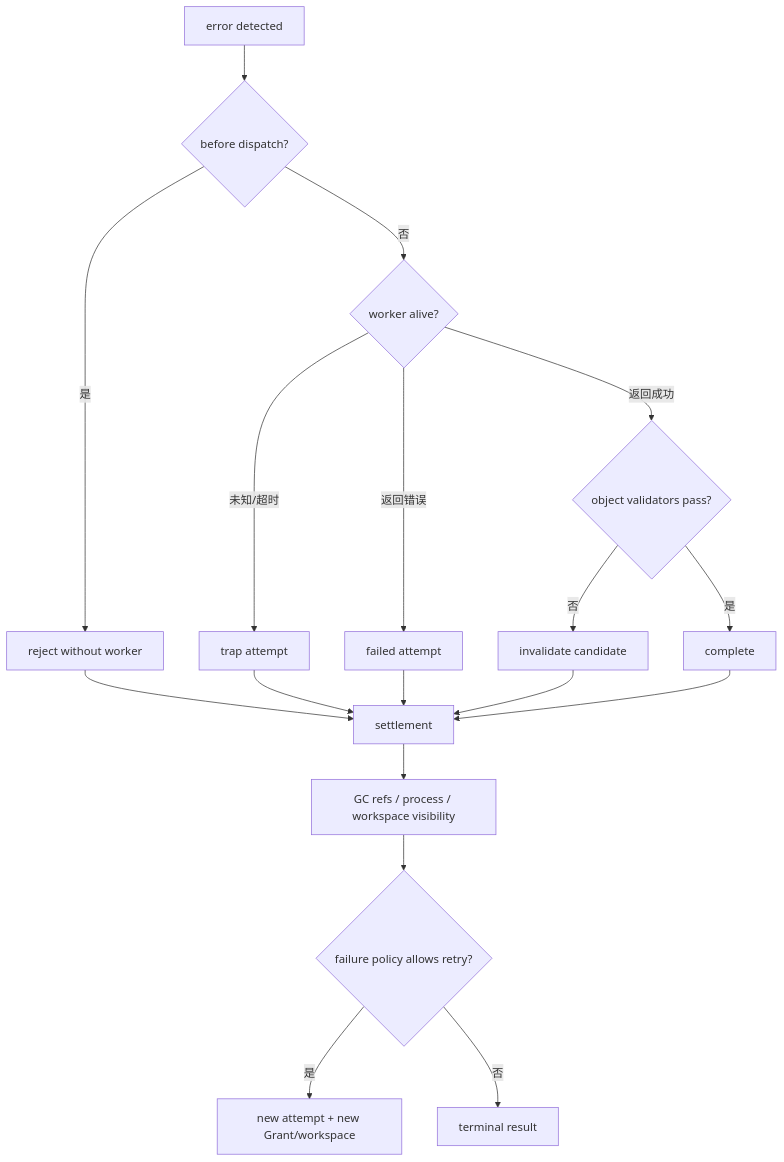
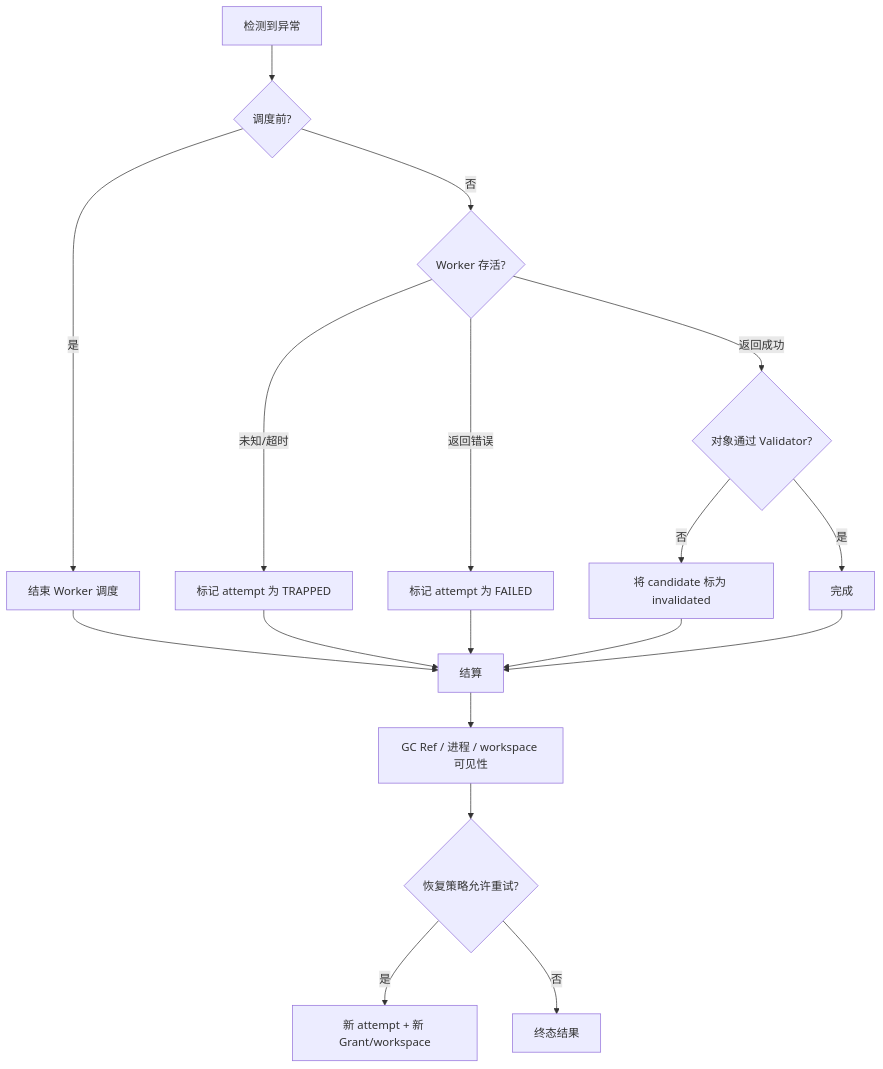
Before and after one commit to qcrs/os: the diagram in docs/implementation/operations/failure-recovery.md, drawn with Mermaid. The commit also changed other lines of this file and 77 other files, not shown here.

````diff
--- a/docs/implementation/operations/failure-recovery.md
+++ b/docs/implementation/operations/failure-recovery.md
@@ -17,20 +21,20 @@
 ```mermaid
 flowchart TD
-    F[error detected] --> B{before dispatch?}
-    B -->|是| RD[reject without worker]
-    B -->|否| W{worker alive?}
-    W -->|未知/超时| T[trap attempt]
-    W -->|返回错误| E[failed attempt]
-    W -->|返回成功| V{object validators pass?}
-    V -->|否| I[invalidate candidate]
-    V -->|是| C[complete]
-    RD --> S[settlement]
+    F[检测到异常] --> B{调度前?}
+    B -->|是| RD[结束 Worker 调度]
+    B -->|否| W{Worker 存活?}
+    W -->|未知/超时| T[标记 attempt 为 TRAPPED]
+    W -->|返回错误| E[标记 attempt 为 FAILED]
+    W -->|返回成功| V{对象通过 Validator?}
+    V -->|否| I[将 candidate 标为 invalidated]
+    V -->|是| C[完成]
+    RD --> S[结算]
     T --> S
     E --> S
     I --> S
     C --> S
-    S --> G[GC refs / process / workspace visibility]
-    G --> R{failure policy allows retry?}
-    R -->|是| N[new attempt + new Grant/workspace]
-    R -->|否| END[terminal result]
+    S --> G[GC Ref / 进程 / workspace 可见性]
+    G --> R{恢复策略允许重试?}
+    R -->|是| N[新 attempt + 新 Grant/workspace]
+    R -->|否| END[终态结果]
 ```
````
